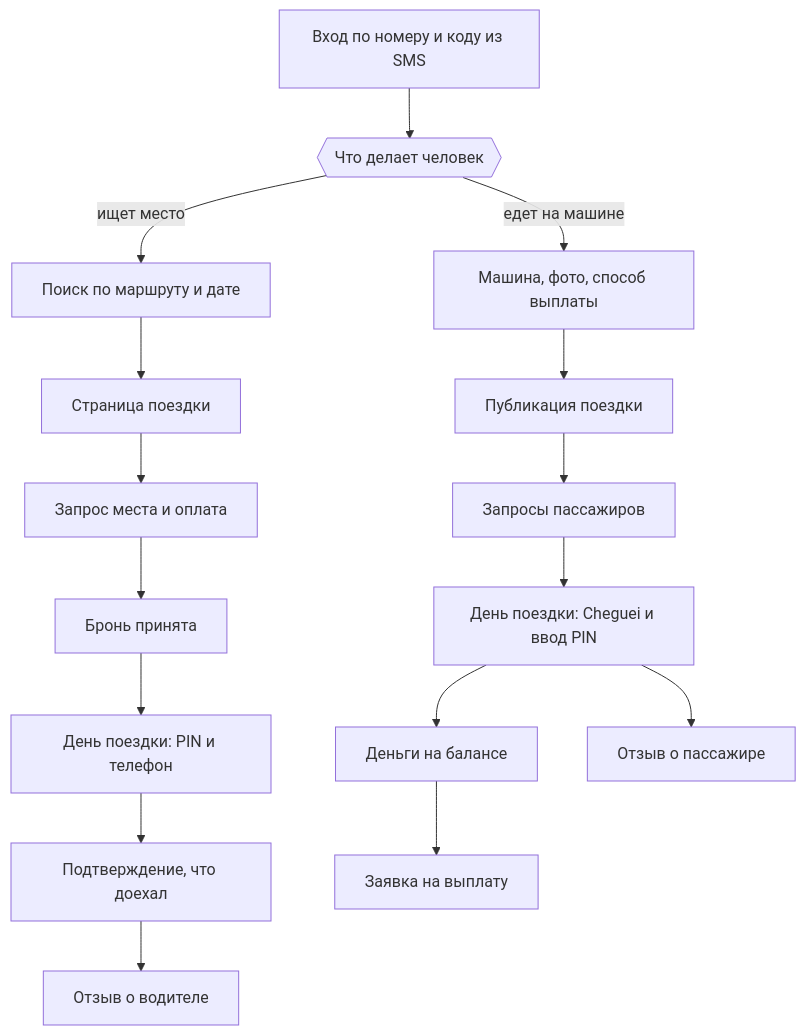
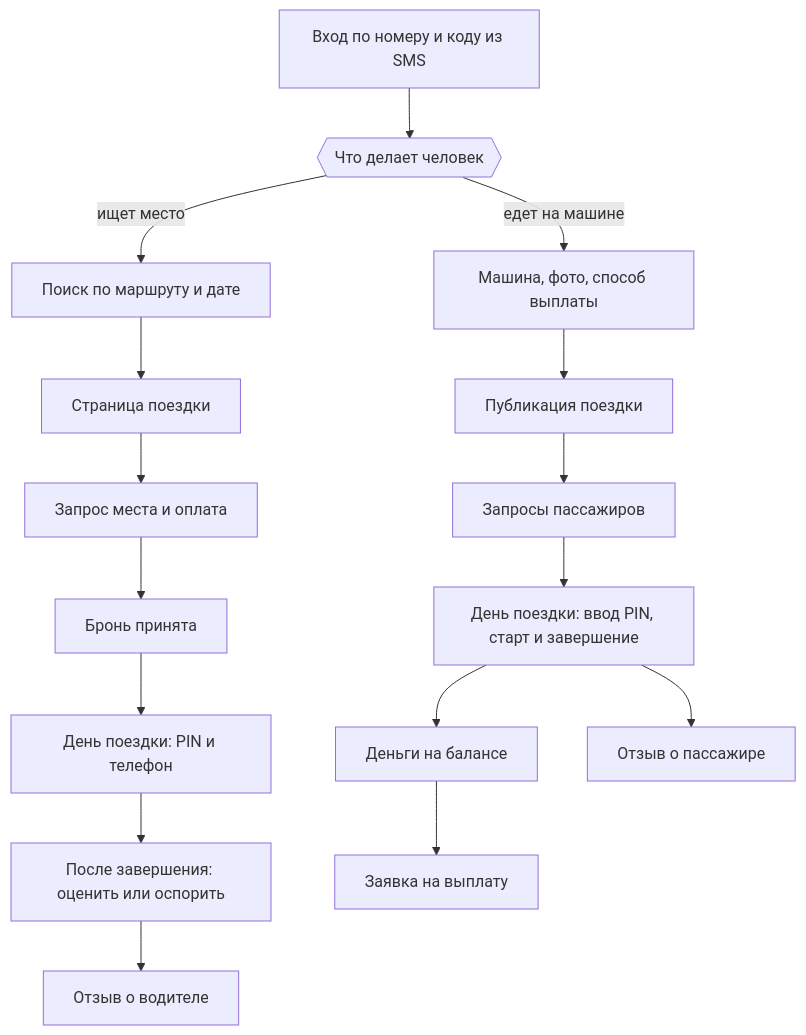
The first of 18 diagrams in docs/flows.md (wiopriph/boleia-db), drawn with Mermaid before and after one commit. The commit also changed other lines of this file and 18 other files, not shown here.

First line of the commit message:
Trip flow like a taxi: the driver starts and finishes, the passenger rates or disputes (0025)

````diff
--- a/docs/flows.md
+++ b/docs/flows.md
@@ -14,18 +14,18 @@
 ```mermaid
 flowchart TD
   login["Вход по номеру и коду из SMS"] --> role{{"Что делает человек"}}
   role -->|"ищет место"| p1["Поиск по маршруту и дате"]
   p1 --> p2["Страница поездки"]
   p2 --> p3["Запрос места и оплата"]
   p3 --> p4["Бронь принята"]
   p4 --> p5["День поездки: PIN и телефон"]
-  p5 --> p6["Подтверждение, что доехал"]
+  p5 --> p6["После завершения: оценить или оспорить"]
   p6 --> p7["Отзыв о водителе"]
   role -->|"едет на машине"| d1["Машина, фото, способ выплаты"]
   d1 --> d2["Публикация поездки"]
   d2 --> d3["Запросы пассажиров"]
-  d3 --> d4["День поездки: Cheguei и ввод PIN"]
+  d3 --> d4["День поездки: ввод PIN, старт и завершение"]
   d4 --> d5["Деньги на балансе"]
   d5 --> d6["Заявка на выплату"]
   d4 --> d7["Отзыв о пассажире"]
 ```
````
